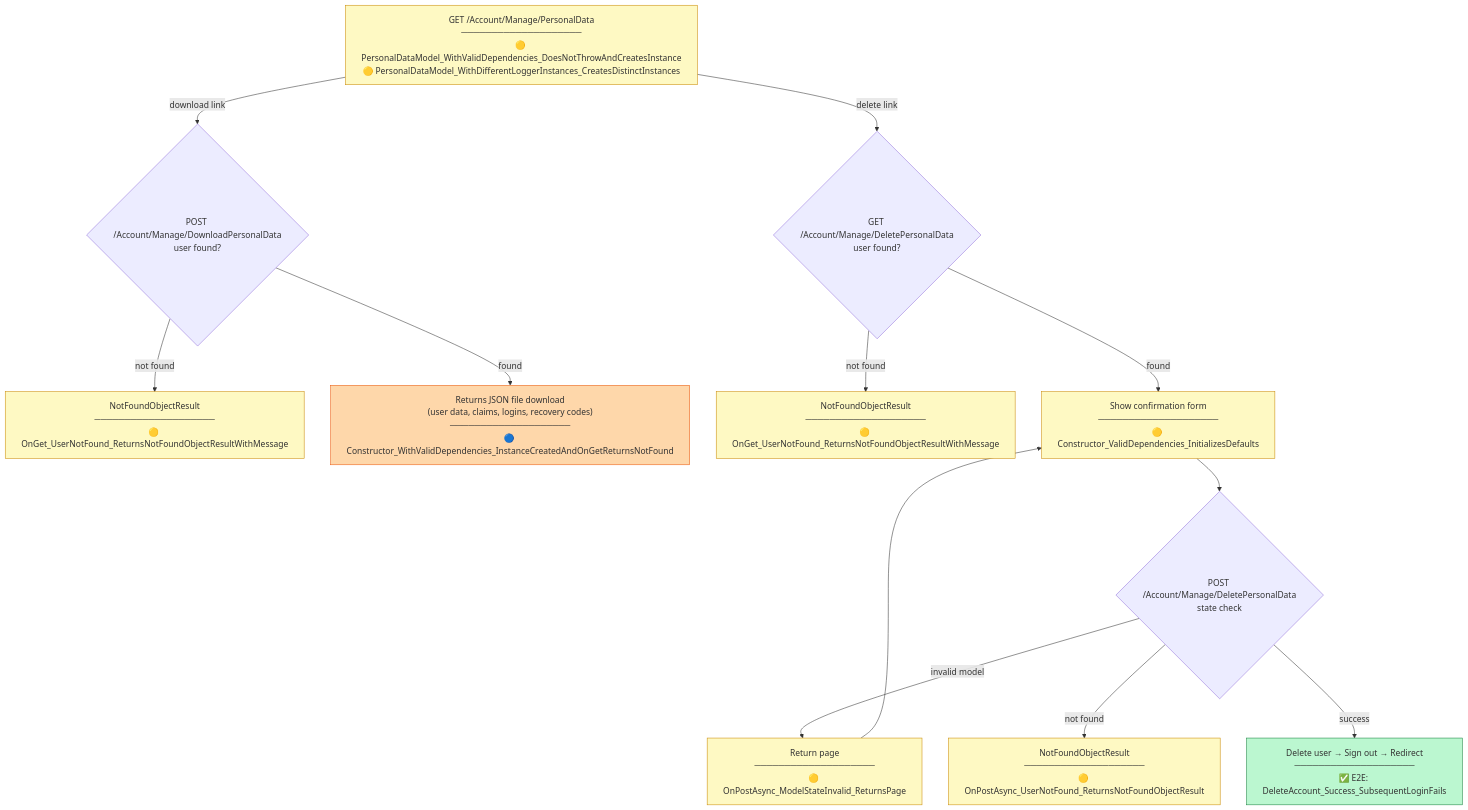
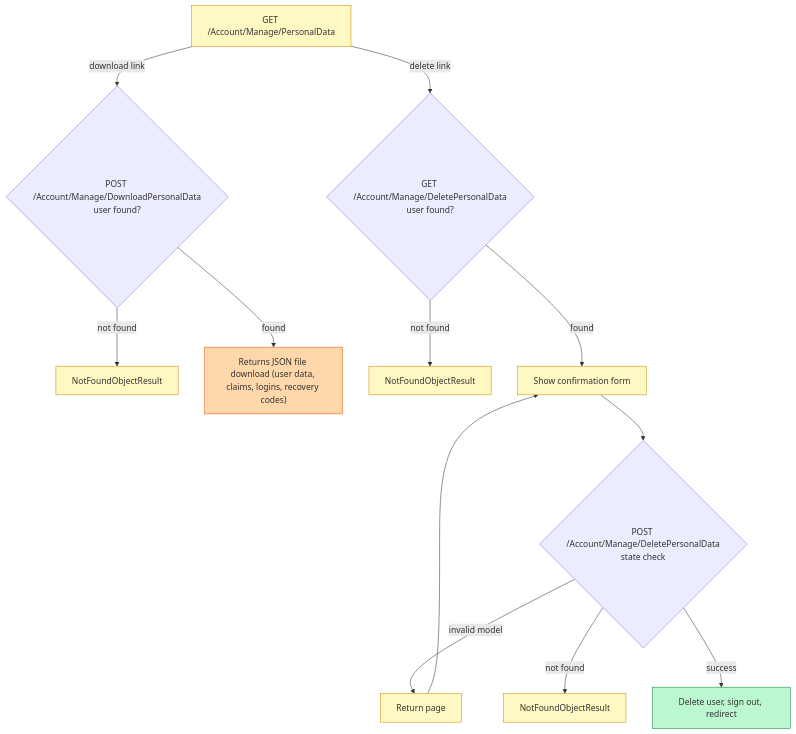
Before and after one commit to crgolden/Identity: diagram 12 of 16 in TESTING.md, drawn with Mermaid. The commit also changed other lines of this file and 15 other files, not shown here.

````diff
--- a/TESTING.md
+++ b/TESTING.md
@@ -894,40 +902,40 @@
 ```mermaid
 flowchart TD
     classDef covered fill:#bbf7d0,stroke:#15803d
     classDef unitOnly fill:#fef9c3,stroke:#ca8a04
     classDef partial fill:#fed7aa,stroke:#ea580c
 
-    PersonalDataGET["GET /Account/Manage/PersonalData\n────────────────────\n🟡 PersonalDataModel_WithValidDependencies_DoesNotThrowAndCreatesInstance\n🟡 PersonalDataModel_WithDifferentLoggerInstances_CreatesDistinctInstances"]:::unitOnly
+    PersonalDataGET["GET /Account/Manage/PersonalData"]:::unitOnly
 
     DownloadPOST{"POST /Account/Manage/DownloadPersonalData\nuser found?"}
 
-    DownloadNotFound["NotFoundObjectResult\n────────────────────\n🟡 OnGet_UserNotFound_ReturnsNotFoundObjectResultWithMessage"]:::unitOnly
+    DownloadNotFound["NotFoundObjectResult"]:::unitOnly
 
-    DownloadSuccess["Returns JSON file download\n(user data, claims, logins, recovery codes)\n────────────────────\n🔵 Constructor_WithValidDependencies_InstanceCreatedAndOnGetReturnsNotFound"]:::partial
+    DownloadSuccess["Returns JSON file download (user data, claims, logins, recovery codes)"]:::partial
 
     DeleteGET{"GET /Account/Manage/DeletePersonalData\nuser found?"}
 
-    DeleteGetNotFound["NotFoundObjectResult\n────────────────────\n🟡 OnGet_UserNotFound_ReturnsNotFoundObjectResultWithMessage"]:::unitOnly
+    DeleteGetNotFound["NotFoundObjectResult"]:::unitOnly
 
-    DeleteForm["Show confirmation form\n────────────────────\n🟡 Constructor_ValidDependencies_InitializesDefaults"]:::unitOnly
+    DeleteForm["Show confirmation form"]:::unitOnly
 
     DeletePOST{"POST /Account/Manage/DeletePersonalData\nstate check"}
 
-    DeleteModelInvalid["Return page\n────────────────────\n🟡 OnPostAsync_ModelStateInvalid_ReturnsPage"]:::unitOnly
+    DeleteModelInvalid["Return page"]:::unitOnly
 
-    DeletePostNotFound["NotFoundObjectResult\n────────────────────\n🟡 OnPostAsync_UserNotFound_ReturnsNotFoundObjectResult"]:::unitOnly
+    DeletePostNotFound["NotFoundObjectResult"]:::unitOnly
 
-    DeleteSuccess["Delete user → Sign out → Redirect\n────────────────────\n✅ E2E: DeleteAccount_Success_SubsequentLoginFails"]:::covered
+    DeleteSuccess["Delete user, sign out, redirect"]:::covered
 
     PersonalDataGET -->|"download link"| DownloadPOST
     PersonalDataGET -->|"delete link"| DeleteGET
     DownloadPOST -->|"not found"| DownloadNotFound
     DownloadPOST -->|"found"| DownloadSuccess
     DeleteGET -->|"not found"| DeleteGetNotFound
     DeleteGET -->|"found"| DeleteForm
     DeleteForm --> DeletePOST
     DeletePOST -->|"invalid model"| DeleteModelInvalid
     DeleteModelInvalid --> DeleteForm
     DeletePOST -->|"not found"| DeletePostNotFound
     DeletePOST -->|"success"| DeleteSuccess
 ```
````
